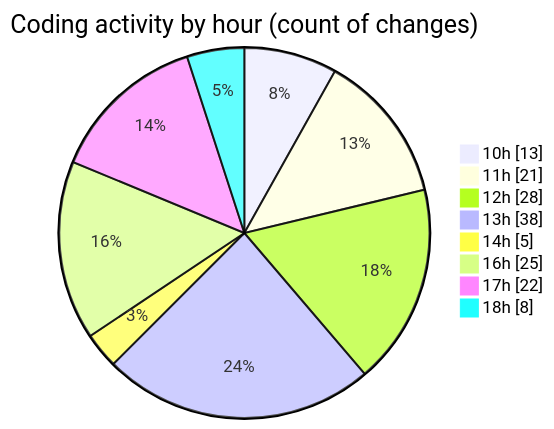
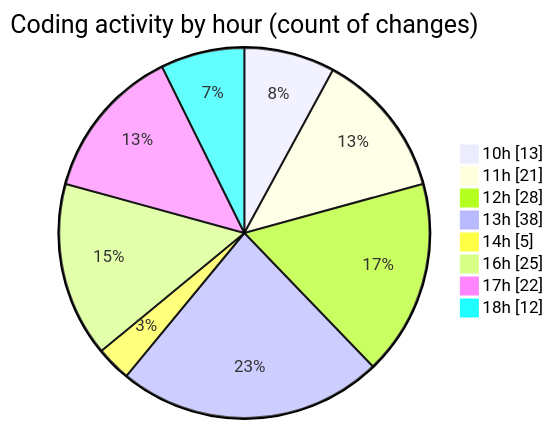
Before and after one commit to momahboobian/code-tracking: the second of 2 diagrams in 2025-06-19/cda/README.md, drawn with Mermaid. The commit also changed other lines of this file and 1 other file, not shown here.

````diff
--- a/2025-06-19/cda/README.md
+++ b/2025-06-19/cda/README.md
@@ -49,12 +49,12 @@
 ```mermaid
 pie showData
 title Coding activity by hour (count of changes)
 "10h" : 13
 "11h" : 21
 "12h" : 28
 "13h" : 38
 "14h" : 5
 "16h" : 25
 "17h" : 22
-"18h" : 8
+"18h" : 12
 ```
````
